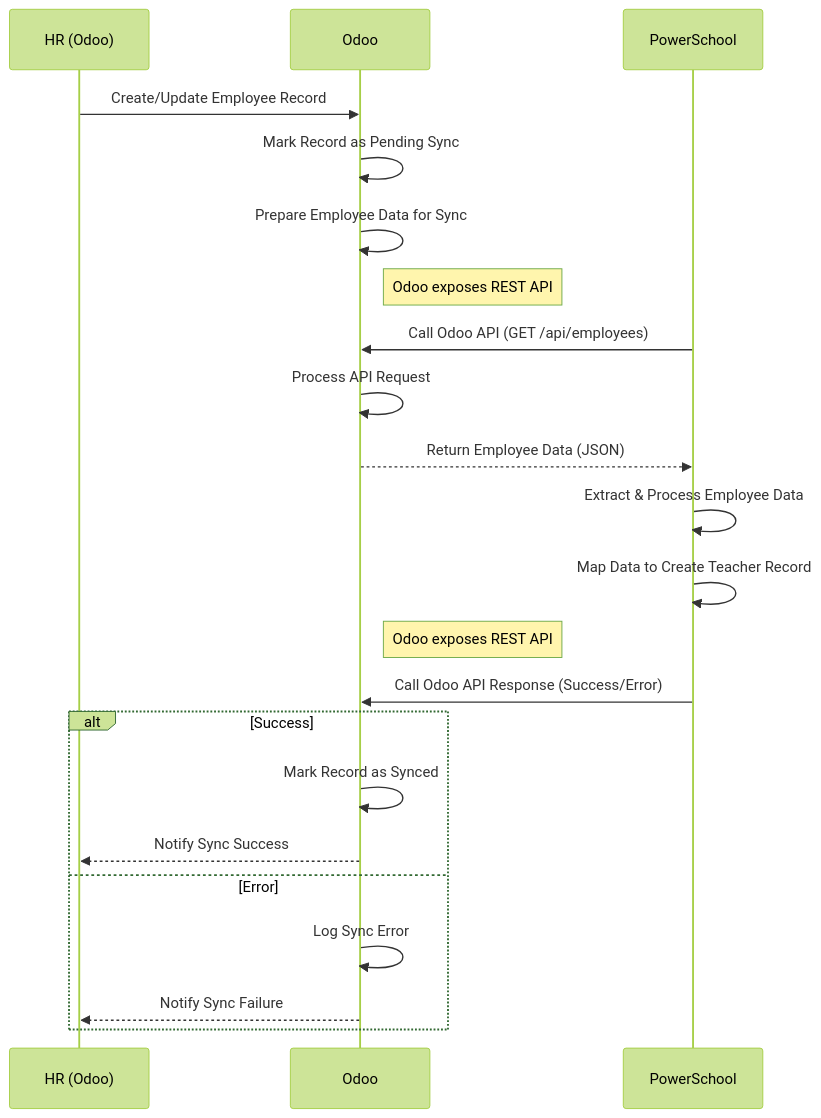
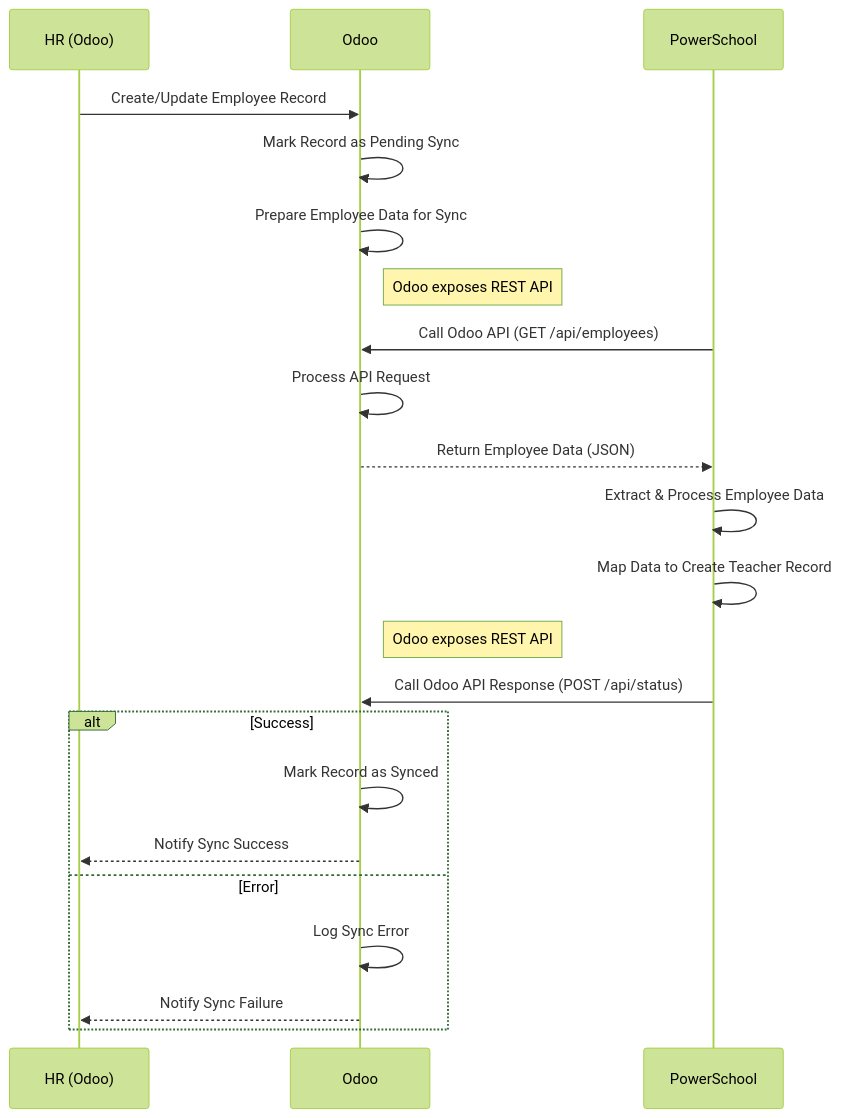
Before and after one commit to kamalyui9/lincoln_school: the diagram in Odoo API.md, drawn with Mermaid (forest theme).

Commit message:
Update Odoo API.md

````diff
--- a/Odoo API.md
+++ b/Odoo API.md
@@ -4,29 +4,28 @@
 ```mermaid
 sequenceDiagram
     participant Admin as HR (Odoo)
     participant Odoo as Odoo
     participant PowerSchool as PowerSchool
 
     Admin->>Odoo: Create/Update Employee Record
     Odoo->>Odoo: Mark Record as Pending Sync
     Odoo->>Odoo: Prepare Employee Data for Sync
     Note right of Odoo: Odoo exposes REST API
 
     PowerSchool->>Odoo: Call Odoo API (GET /api/employees)
     Odoo->>Odoo: Process API Request
     Odoo-->>PowerSchool: Return Employee Data (JSON)
     
     PowerSchool->>PowerSchool: Extract & Process Employee Data
     PowerSchool->>PowerSchool: Map Data to Create Teacher Record
     Note right of Odoo: Odoo exposes REST API
-    PowerSchool->>Odoo: Call Odoo API Response (Success/Error)
+    PowerSchool->>Odoo: Call Odoo API Response (POST /api/status)
 
     alt Success
         Odoo->>Odoo: Mark Record as Synced
         Odoo-->>Admin: Notify Sync Success
     else Error
         Odoo->>Odoo: Log Sync Error
         Odoo-->>Admin: Notify Sync Failure
     end
-
 ```
````
